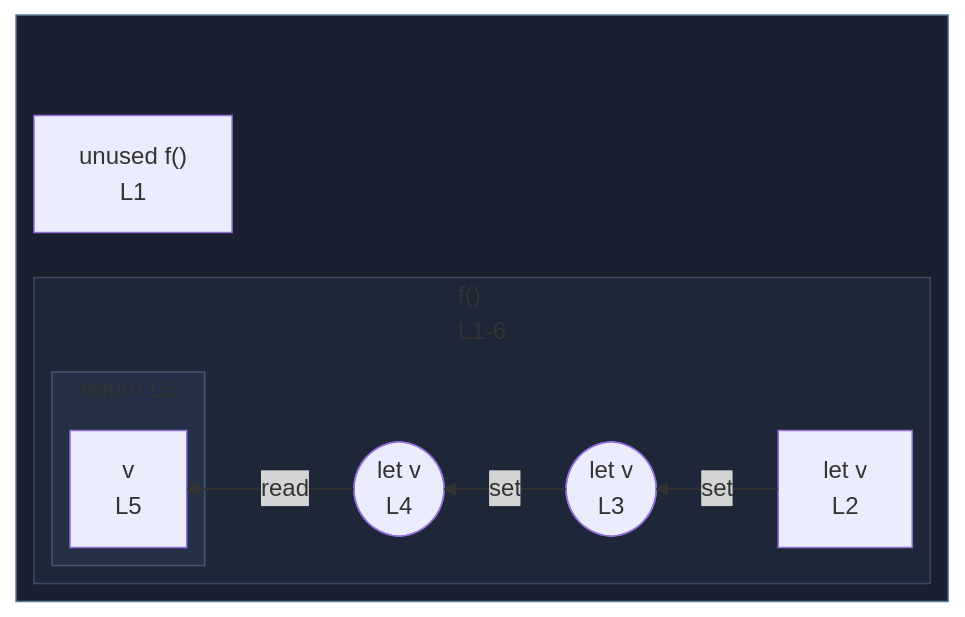
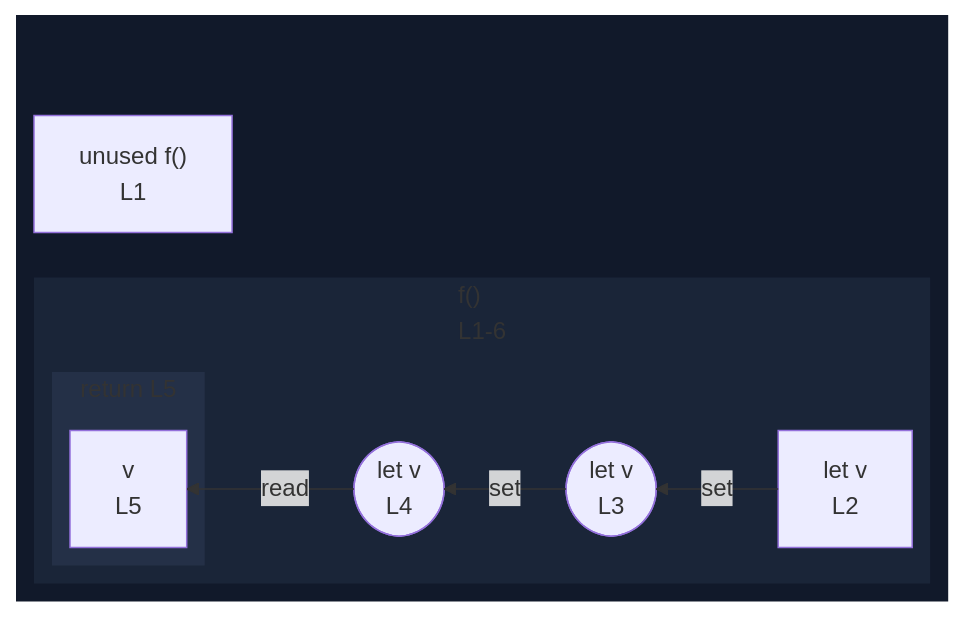
The diagram in integration/fixtures/function/declaration/multi-write-with-return/preview.md (crescware/unsnarl), drawn with Mermaid before and after one commit. The commit also changed 263 other files, not shown here.

First line of the commit message:
Drop fnWrap class and color function wrappers via the nest palette

````diff
--- a/integration/fixtures/function/declaration/multi-write-with-return/preview.md
+++ b/integration/fixtures/function/declaration/multi-write-with-return/preview.md
@@ -16,27 +16,27 @@
 ```mermaid
 %%{init: {"flowchart": {"defaultRenderer": "elk"}}}%%
 flowchart RL
   subgraph wrap_s_scope_1[" "]
     direction TB
     n_scope_0_f_9["unused f()<br/>L1"]
     subgraph s_scope_1["f()<br/>L1-6"]
       direction RL
       n_scope_1_v_21["let v<br/>L2"]
       wr_ref_1(["let v<br/>L3"])
       wr_ref_2(["let v<br/>L4"])
       subgraph s_return_scope_0_f_9_48_57["return L5"]
         direction RL
         ret_use_ref_3["v<br/>L5"]
       end
     end
   end
   n_scope_1_v_21 -->|set| wr_ref_1
   wr_ref_1 -->|set| wr_ref_2
   wr_ref_2 -->|read| ret_use_ref_3
-  classDef fnWrap fill:#1a2030,stroke:#5a7d99;
-  class wrap_s_scope_1 fnWrap;
-  classDef nestL1 fill:#1e2738,stroke:#3d4a63;
-  class s_scope_1 nestL1;
-  classDef nestL2 fill:#233045,stroke:#475670;
-  class s_return_scope_0_f_9_48_57 nestL2;
+  classDef nestL1 fill:#11192a,stroke:transparent;
+  class wrap_s_scope_1 nestL1;
+  classDef nestL2 fill:#1a2538,stroke:transparent;
+  class s_scope_1 nestL2;
+  classDef nestL3 fill:#243047,stroke:transparent;
+  class s_return_scope_0_f_9_48_57 nestL3;
 ```
````
